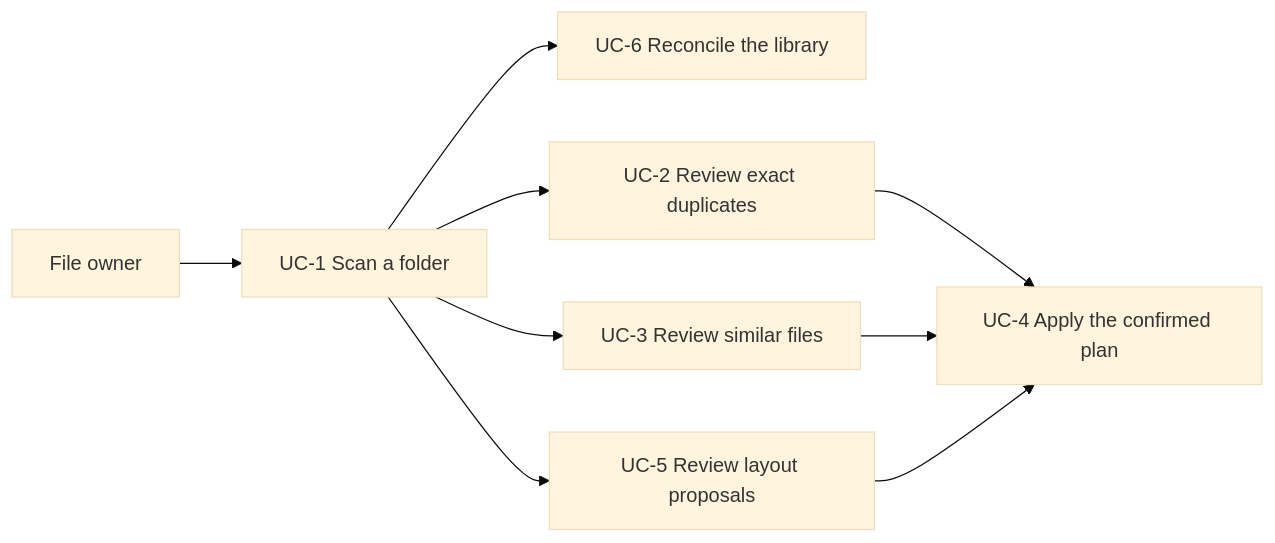
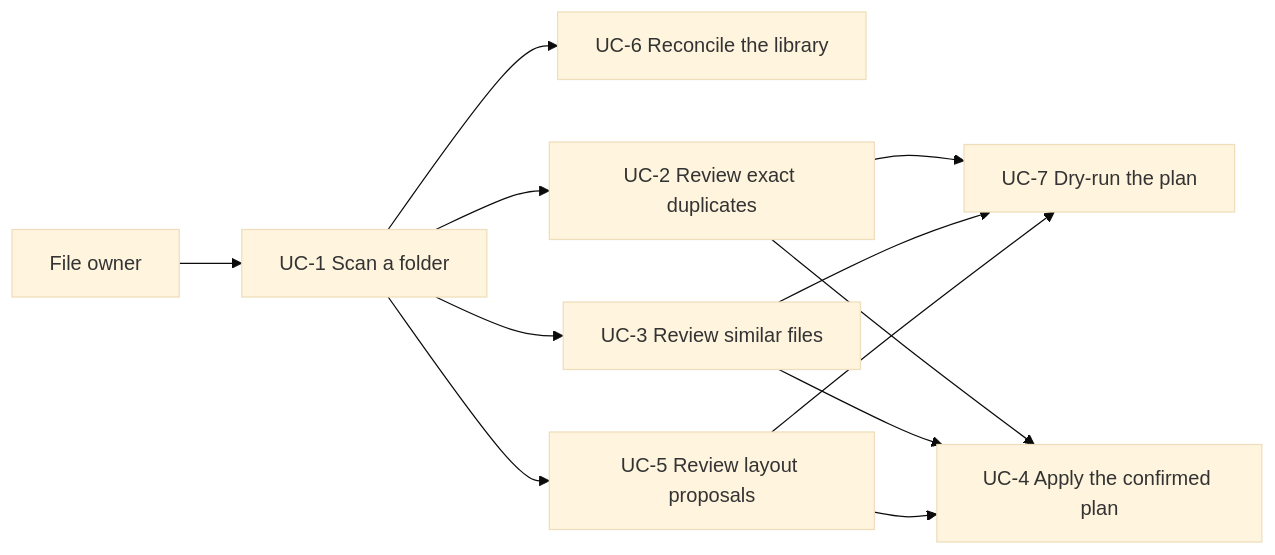
The first of 8 diagrams in docs/use-cases.md (cionz0/hdsort), drawn with Mermaid (base theme) before and after one commit. The commit also changed other lines of this file and 20 other files, not shown here.

First line of the commit message:
Add the Go skeleton and specify dry-run on the review page.

````diff
--- a/docs/use-cases.md
+++ b/docs/use-cases.md
@@ -5,18 +5,22 @@
 ```mermaid
 flowchart LR
   owner[File owner]
   uc1[UC-1 Scan a folder]
   uc6[UC-6 Reconcile the library]
   uc2[UC-2 Review exact duplicates]
   uc3[UC-3 Review similar files]
   uc5[UC-5 Review layout proposals]
+  uc7[UC-7 Dry-run the plan]
   uc4[UC-4 Apply the confirmed plan]
   owner --> uc1
   uc1 --> uc6
   uc1 --> uc2
   uc1 --> uc3
   uc1 --> uc5
+  uc2 --> uc7
+  uc3 --> uc7
+  uc5 --> uc7
   uc2 --> uc4
   uc3 --> uc4
   uc5 --> uc4
 ```
````
